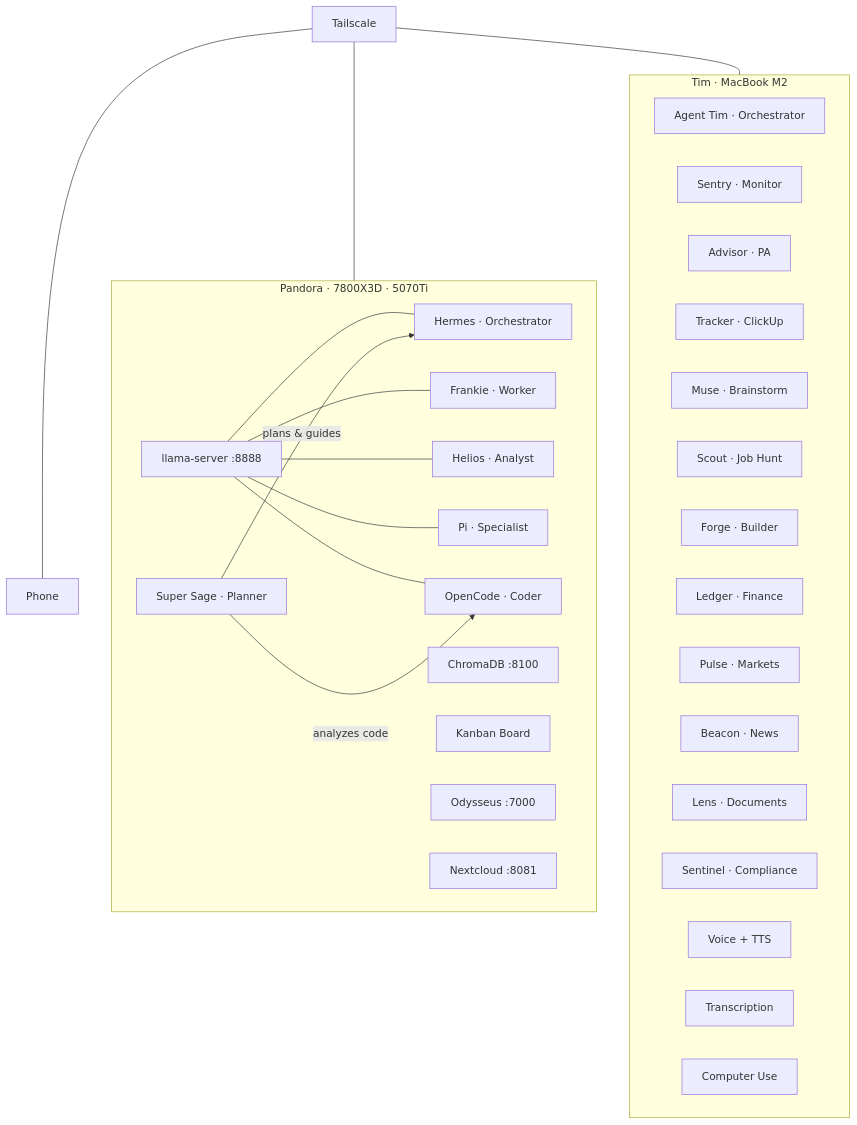
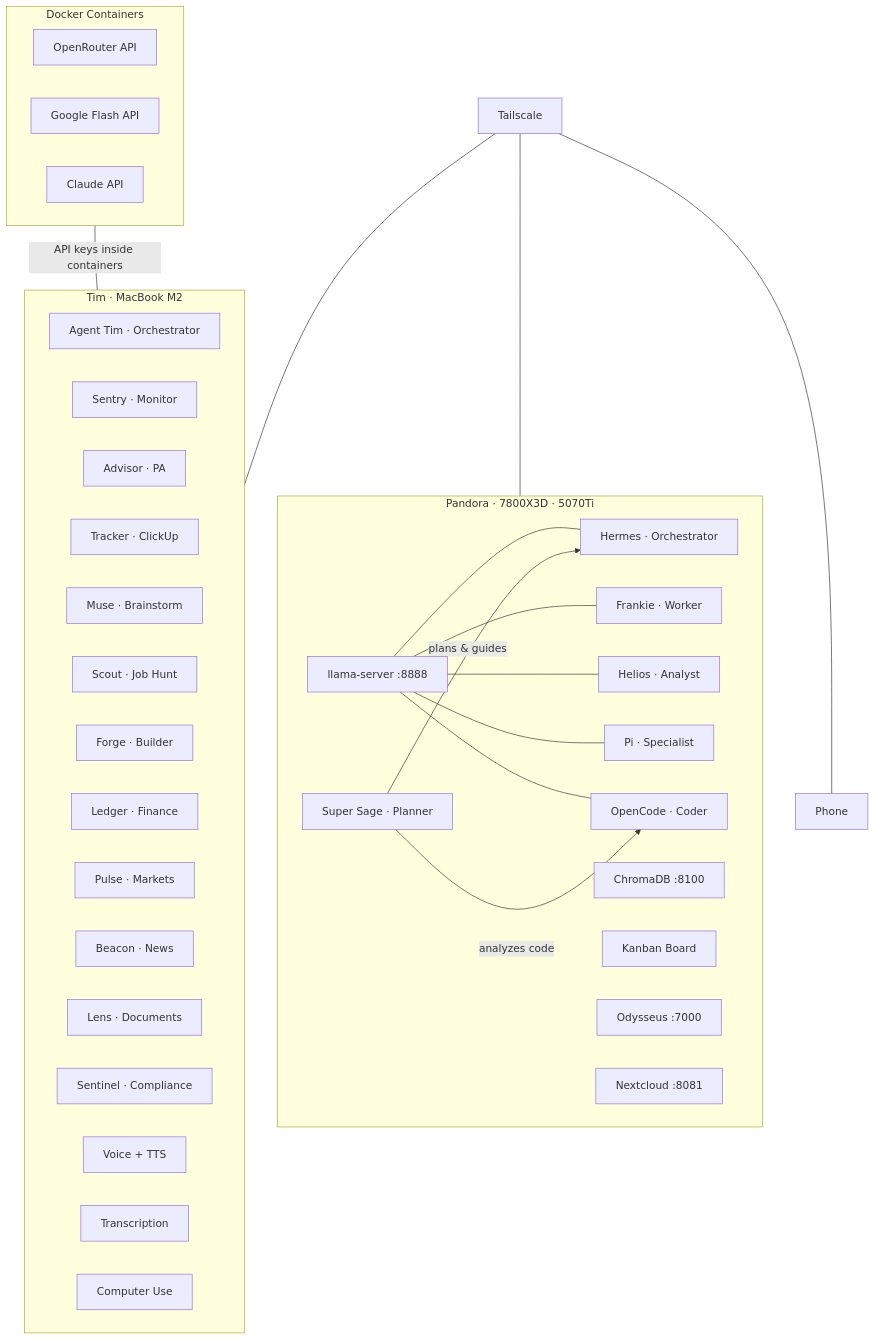
One commit to stopabidi/ai-architecture changed the diagram in JOURNEY.md. Above: the diagram before and after it, drawn with Mermaid. The commit also changed other lines of this file and 3 other files, not shown here.

First line of the commit message:
Add Docker, inference split, cloud API agents

````diff
--- a/JOURNEY.md
+++ b/JOURNEY.md
@@ -155,43 +166,49 @@
 ```mermaid
 graph TB
     subgraph P[Pandora · 7800X3D · 5070Ti]
         LLM[llama-server :8888]
         VEC[ChromaDB :8100]
         H[Hermes · Orchestrator]
         F[Frankie · Worker]
         HE[Helios · Analyst]
         PI[Pi · Specialist]
         OC[OpenCode · Coder]
         SS[Super Sage · Planner]
         KB[Kanban Board]
         OD[Odysseus :7000]
         NC[Nextcloud :8081]
     end
     subgraph T[Tim · MacBook M2]
         AT[Agent Tim · Orchestrator]
         SN[Sentry · Monitor]
         AD[Advisor · PA]
         TK[Tracker · ClickUp]
         MU[Muse · Brainstorm]
         SC[Scout · Job Hunt]
         FO[Forge · Builder]
         LG[Ledger · Finance]
         PL[Pulse · Markets]
         BC[Beacon · News]
         LN[Lens · Documents]
         SE[Sentinel · Compliance]
         VO[Voice + TTS]
         TR[Transcription]
         CU[Computer Use]
     end
+    subgraph D[Docker Containers]
+        OR[OpenRouter API]
+        GF[Google Flash API]
+        CA[Claude API]
+    end
     TS[Tailscale] --- P
     TS --- T
     TS --- Phone
     LLM --- H
     LLM --- F
     LLM --- HE
     LLM --- PI
     LLM --- OC
     SS -->|plans & guides| H
     SS -->|analyzes code| OC
+    D ---|API keys inside containers| T
 ```
````
